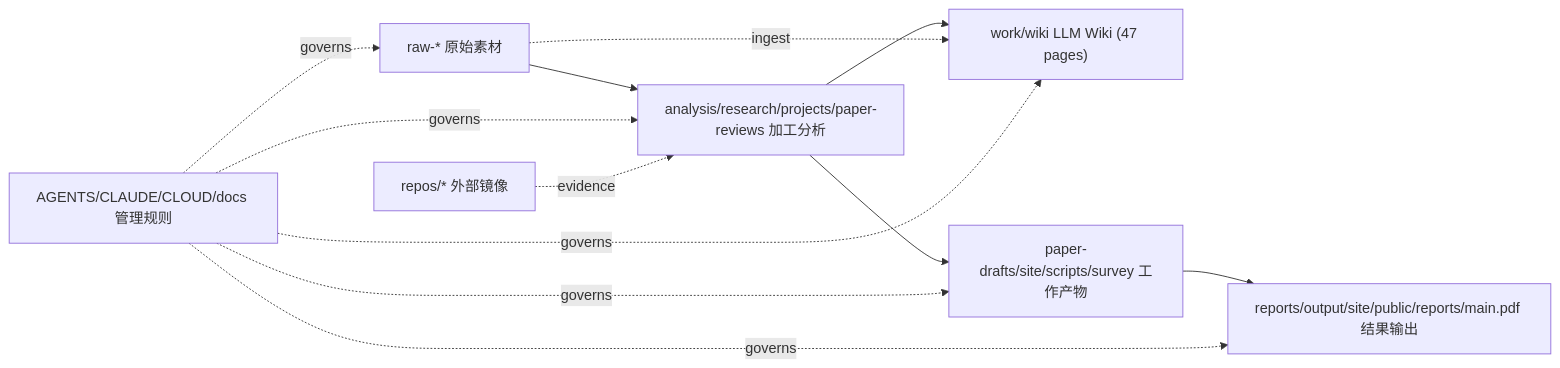
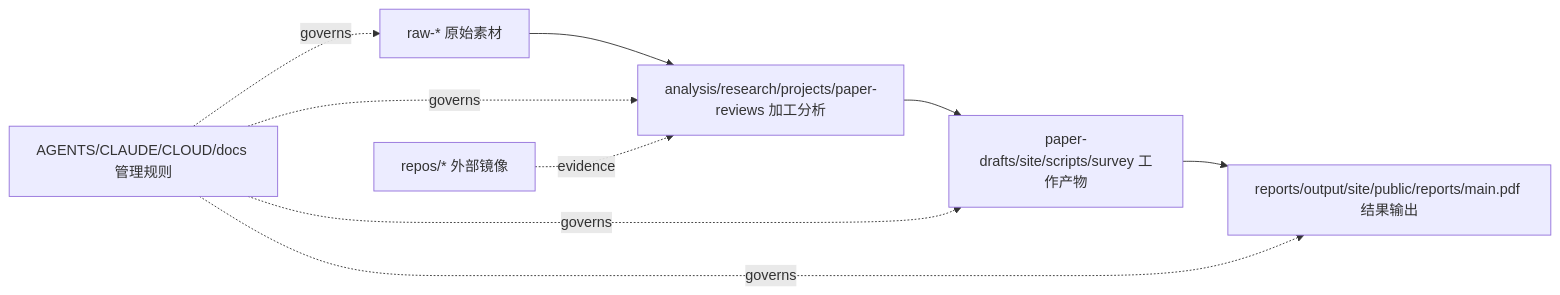
Before and after one commit to Shiyao-Huang/awesome-agent-evolution: the diagram in docs/indexes/master-index.md, drawn with Mermaid. The commit also changed other lines of this file and 40 other files, not shown here.

First line of the commit message:
Update talent flow analysis v2: Recursive Superintelligence ($650M/$4.65B, Jeff Clune co-founder), Karpathy joins Anthropic 2026-05-19, Meta MSL turbulence (600 FAIR layoffs, talent回流OpenAI)

````diff
--- a/docs/indexes/master-index.md
+++ b/docs/indexes/master-index.md
@@ -36,14 +36,11 @@
 ```mermaid
 flowchart LR
   RAW["raw-* 原始素材"] --> PROCESSED["analysis/research/projects/paper-reviews 加工分析"]
-  PROCESSED --> WIKI["work/wiki LLM Wiki (47 pages)"]
-  RAW -. ingest .-> WIKI
   PROCESSED --> WORK["paper-drafts/site/scripts/survey 工作产物"]
   WORK --> RESULTS["reports/output/site/public/reports/main.pdf 结果输出"]
   OPS["AGENTS/CLAUDE/CLOUD/docs 管理规则"] -. governs .-> RAW
   OPS -. governs .-> PROCESSED
-  OPS -. governs .-> WIKI
   OPS -. governs .-> WORK
   OPS -. governs .-> RESULTS
   MIRRORS["repos/* 外部镜像"] -. evidence .-> PROCESSED
 ```
````
